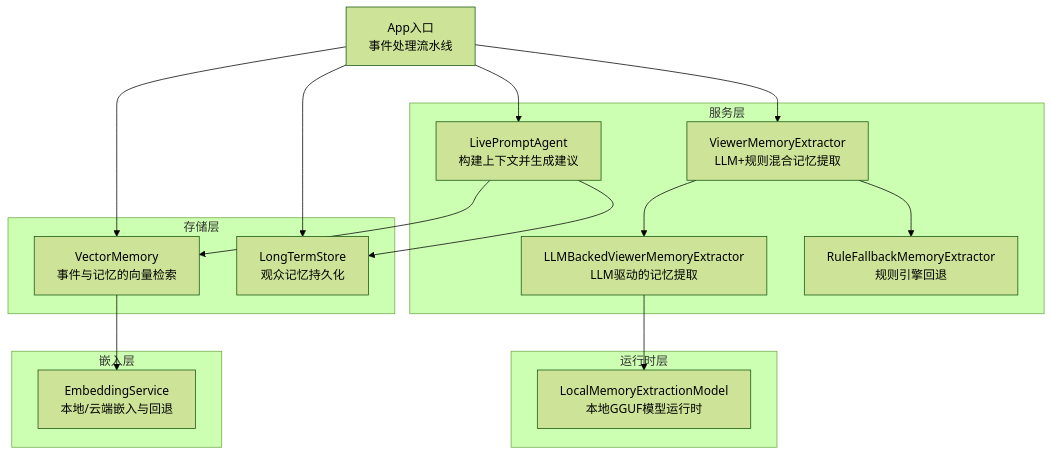
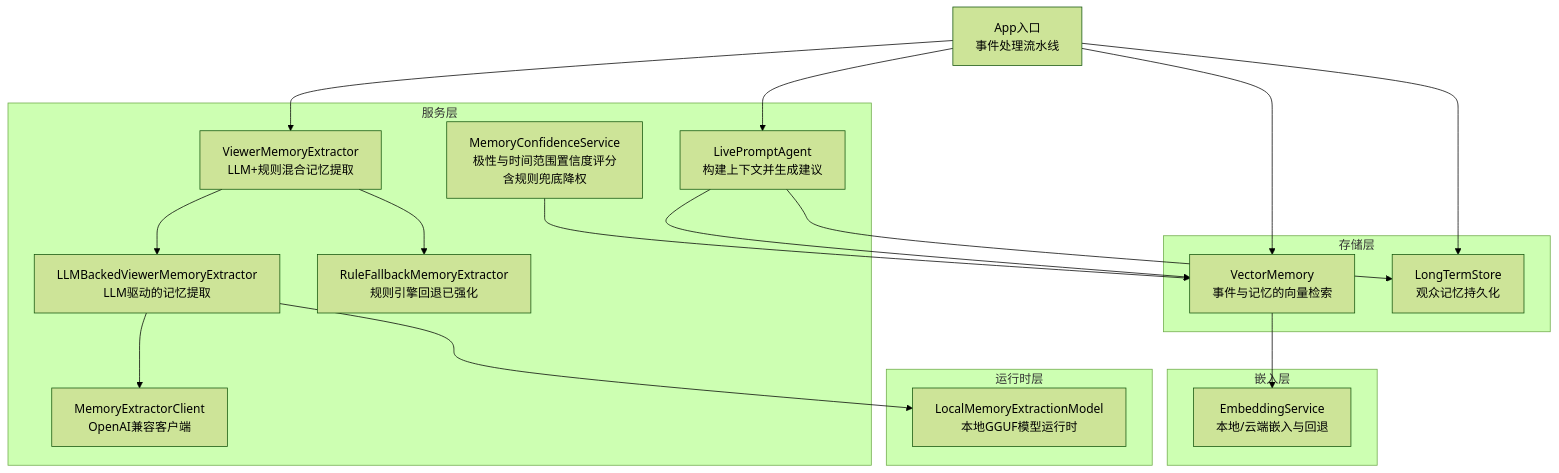
Before and after one commit to Moon-Force/DouYin_llm: the first of 7 diagrams in .qoder/repowiki/zh/content/后端服务/智能提词引擎/记忆提取器.md, drawn with Mermaid (forest theme). The commit also changed other lines of this file and 34 other files, not shown here.

````diff
--- a/.qoder/repowiki/zh/content/后端服务/智能提词引擎/记忆提取器.md
+++ b/.qoder/repowiki/zh/content/后端服务/智能提词引擎/记忆提取器.md
@@ -63,29 +81,33 @@
 ```mermaid
 graph TB
 subgraph "服务层"
 ME["ViewerMemoryExtractor<br/>LLM+规则混合记忆提取"]
 LME["LLMBackedViewerMemoryExtractor<br/>LLM驱动的记忆提取"]
-RFE["RuleFallbackMemoryExtractor<br/>规则引擎回退"]
+RFE["RuleFallbackMemoryExtractor<br/>规则引擎回退已强化"]
 AG["LivePromptAgent<br/>构建上下文并生成建议"]
+MEMC["MemoryExtractorClient<br/>OpenAI兼容客户端"]
+MCS["MemoryConfidenceService<br/>极性与时间范围置信度评分<br/>含规则兜底降权"]
 end
 subgraph "运行时层"
 LM["LocalMemoryExtractionModel<br/>本地GGUF模型运行时"]
 end
 subgraph "存储层"
 VS["VectorMemory<br/>事件与记忆的向量检索"]
 LTS["LongTermStore<br/>观众记忆持久化"]
 end
 subgraph "嵌入层"
 ES["EmbeddingService<br/>本地/云端嵌入与回退"]
 end
 APP["App入口<br/>事件处理流水线"] --> ME
 ME --> LME
 ME --> RFE
 LME --> LM
+LME --> MEMC
 APP --> AG
 APP --> VS
 APP --> LTS
 VS --> ES
 AG --> VS
 AG --> LTS
+MCS --> VS
 ```
````
